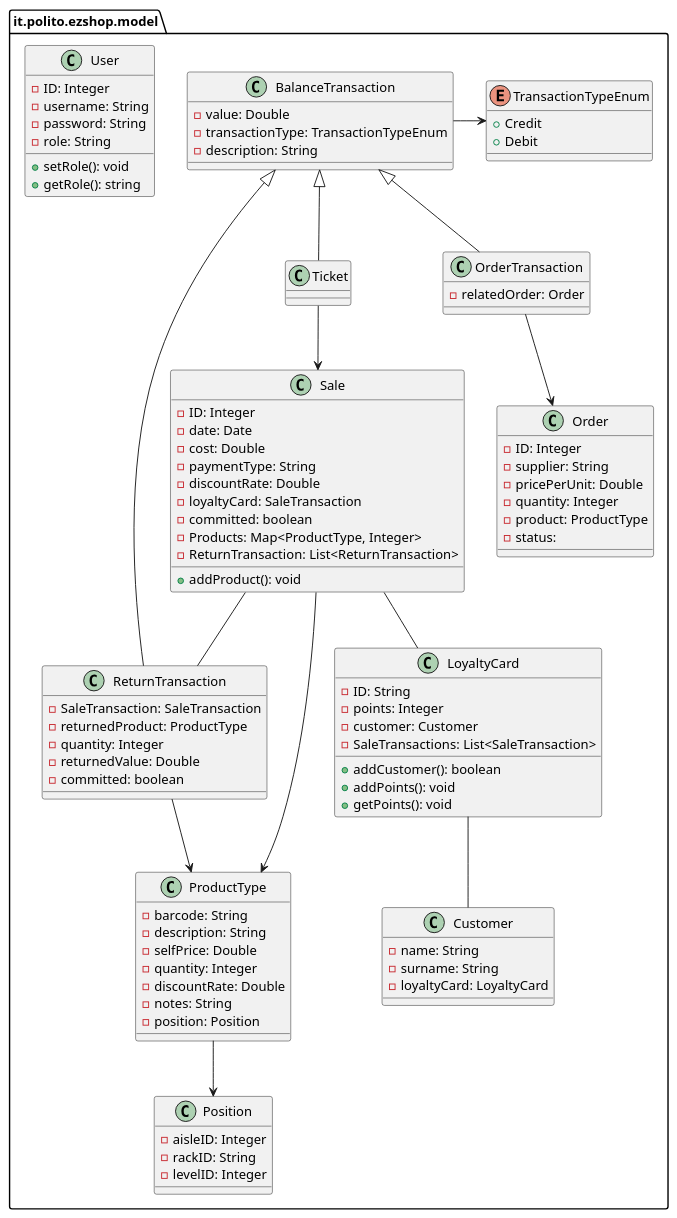
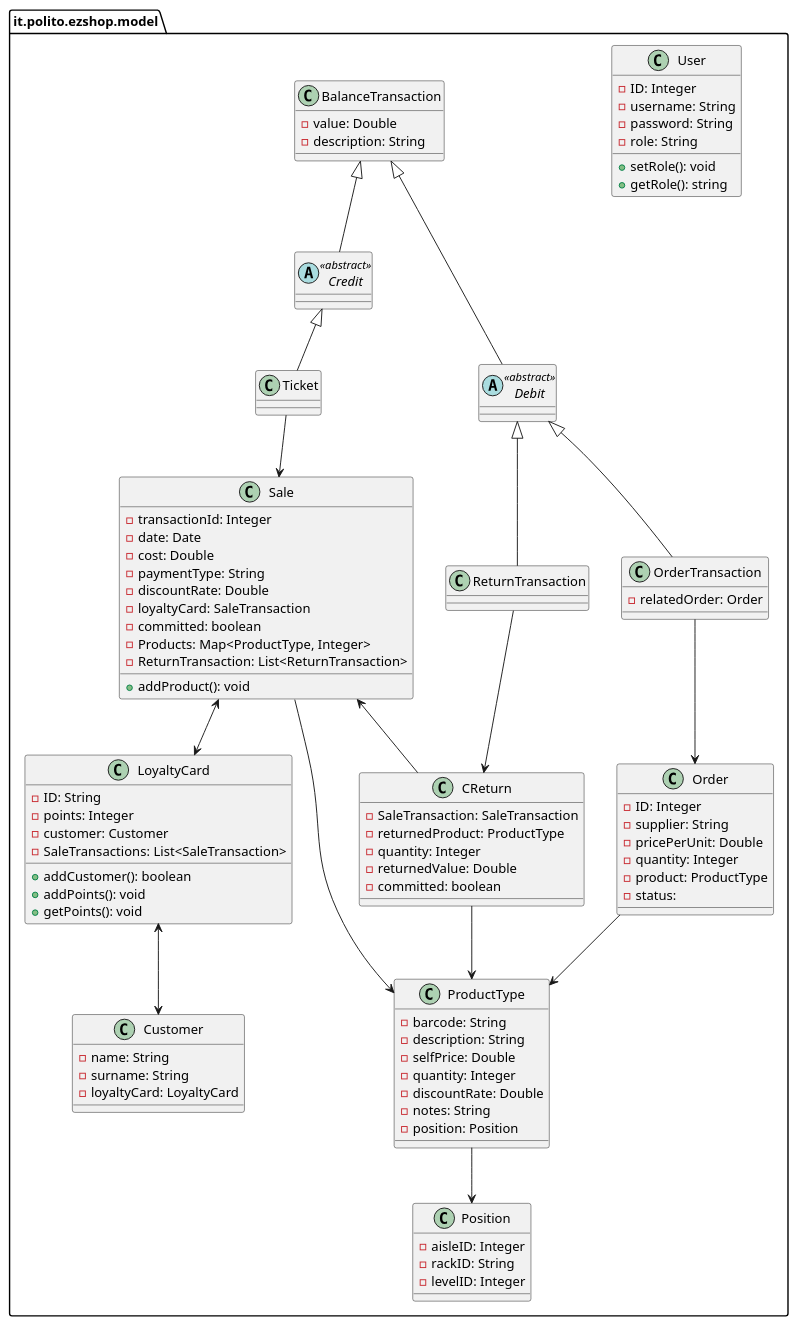
The third of 4 diagrams in Deliverables/DesignDocument.md (thegabriele97/EzShop), drawn with PlantUML before and after one commit.

Commit message:
docs: DesignDocument, class diagram - trying different approach

````diff
--- a/Deliverables/DesignDocument.md
+++ b/Deliverables/DesignDocument.md
@@ -173,4 +173,5 @@
 ```plantuml
+
 package "it.polito.ezshop.model" as model {
     class User {
         -ID: Integer
@@ -202,7 +203,7 @@
     }
 
     class Sale {
-        -ID: Integer
+        -transactionId: Integer
         -date: Date
         -cost: Double
         -paymentType: String
@@ -215,6 +216,10 @@
     }
 
     class ReturnTransaction {
+
+    }
+
+    class CReturn {
         -SaleTransaction: SaleTransaction
         -returnedProduct: ProductType
         -quantity: Integer
@@ -235,15 +240,17 @@
         -status: 
     }
 
-    enum TransactionTypeEnum {
-        +Credit
-        +Debit
+    class BalanceTransaction {
+        -value: Double
+        -description: String
     }
 
-    class BalanceTransaction {
-        -value: Double
-        -transactionType: TransactionTypeEnum
-        -description: String
+    abstract Credit <<abstract>> {
+
+    }
+
+    abstract Debit <<abstract>> {
+
     }
 
     class Customer {
@@ -264,21 +271,26 @@
 
 
     ProductType --> Position
-    ReturnTransaction --> ProductType
+    CReturn --> ProductType
     Sale --> ProductType
-    Sale -- ReturnTransaction
+    Sale <-- CReturn
 
-    LoyaltyCard -- Customer
-    Sale -- LoyaltyCard
+    LoyaltyCard <--> Customer
+    Sale <--> LoyaltyCard
 
-    BalanceTransaction <|-- Ticket
-    BalanceTransaction <|-- ReturnTransaction
-    BalanceTransaction <|-- OrderTransaction
+    BalanceTransaction <|-- Credit
+    BalanceTransaction <|-- Debit
+
+    Credit <|-- Ticket
+    Debit <|-- ReturnTransaction
+    Debit <|-- OrderTransaction
 
     OrderTransaction --> Order
+    Order --> ProductType
     Ticket --> Sale
 
-    BalanceTransaction -right-> TransactionTypeEnum
+    CReturn <-up- ReturnTransaction 
+
 }
 
 ```
````
